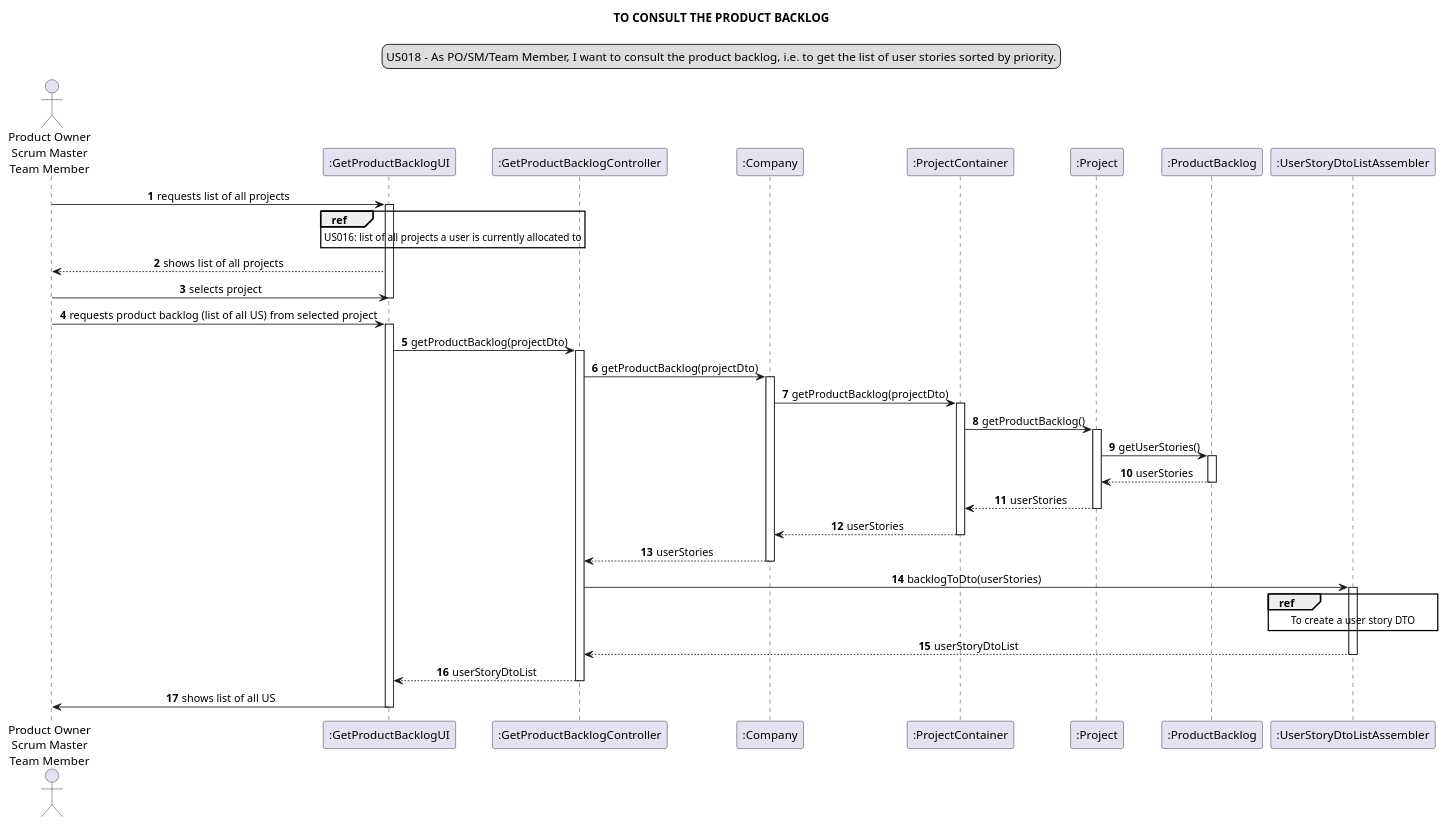
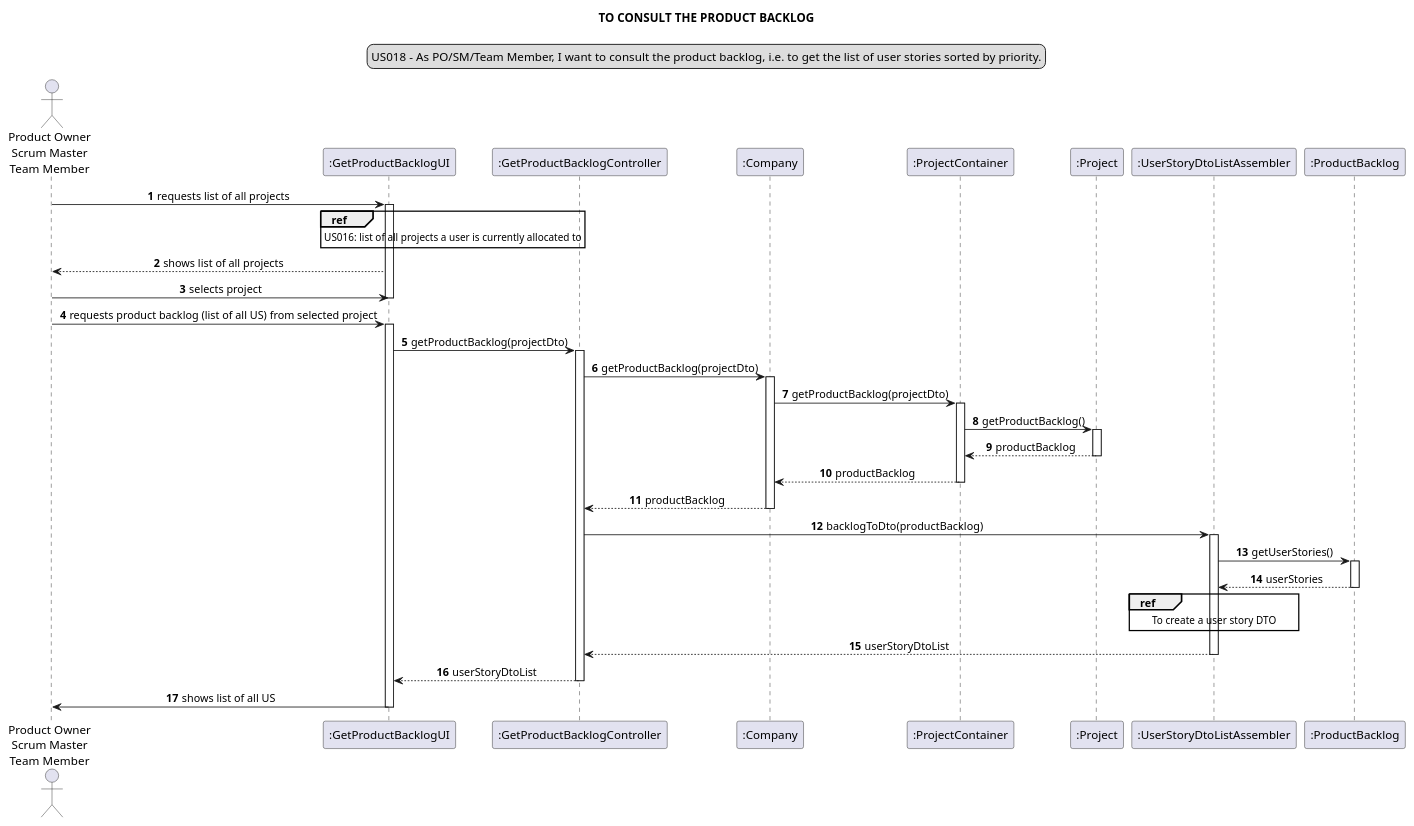
Before and after one commit to Loracline/project_switch_22-23: the diagram in docs/modelling_design/user_stories/sprint03/us018/US018_sequenceDiagram.puml, drawn with PlantUML. The commit also changed 1 other file, not shown here.

```diff
--- a/docs/modelling_design/user_stories/sprint03/us018/US018_sequenceDiagram.puml
+++ b/docs/modelling_design/user_stories/sprint03/us018/US018_sequenceDiagram.puml
@@ -1,61 +1,61 @@
 @startuml
 skinparam sequenceMessageAlign center
 title TO CONSULT THE PRODUCT BACKLOG
 legend top
 US018 - As PO/SM/Team Member, I want to consult the product backlog, i.e. to get the list of user stories sorted by priority.
 end legend
 autonumber
 
 actor "Product Owner\nScrum Master\nTeam Member" as actor
 participant ":GetProductBacklogUI" as ui
 participant ":GetProductBacklogController" as controller
 participant ":Company" as company
 participant ":ProjectContainer" as container
 participant ":Project" as project
+participant ":UserStoryDtoListAssembler" as assembler
 participant ":ProductBacklog" as backlog
-participant ":UserStoryDtoListAssembler" as builder
-
 
 
 actor -> ui: requests list of all projects
 activate ui
 ref over ui: US016: list of all projects a user is currently allocated to
 
 ui --> actor: shows list of all projects
 actor -> ui: selects project
 deactivate ui
 
 actor -> ui: requests product backlog (list of all US) from selected project
 activate ui
 ui -> controller: getProductBacklog(projectDto)
 activate controller
 controller -> company: getProductBacklog(projectDto)
 activate company
 company -> container: getProductBacklog(projectDto)
 activate container
 
 container -> project: getProductBacklog()
 activate project
-project -> backlog: getUserStories()
+
+
+project --> container: productBacklog
+deactivate project
+container --> company: productBacklog
+deactivate container
+company --> controller: productBacklog
+deactivate company
+controller -> assembler: backlogToDto(productBacklog)
+activate assembler
+assembler -> backlog: getUserStories()
 activate backlog
-backlog --> project: userStories
+backlog --> assembler: userStories
 deactivate backlog
+ref over assembler: To create a user story DTO
+assembler --> controller: userStoryDtoList
 
-project --> container: userStories
-deactivate project
-container --> company: userStories
-deactivate container
-company --> controller: userStories
-deactivate company
-controller -> builder: backlogToDto(userStories)
-activate builder
-ref over builder: To create a user story DTO
-builder --> controller: userStoryDtoList
-
-deactivate builder
+deactivate assembler
 controller --> ui: userStoryDtoList
 deactivate controller
 
 ui -> actor: shows list of all US
 deactivate ui
 @enduml
```
